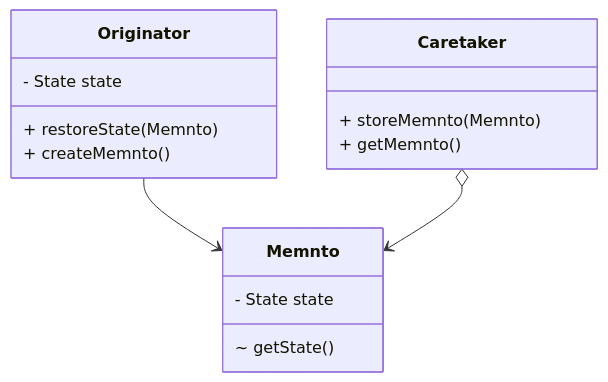
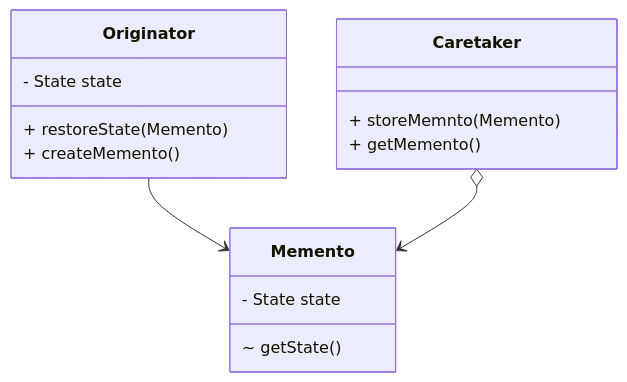
The first of 2 diagrams in source/_drafts/设计模式之备忘录模式.md (wqf31415/wqf31415.github.io), drawn with Mermaid before and after one commit. The commit also changed other lines of this file, not shown here.

````diff
--- a/source/_drafts/设计模式之备忘录模式.md
+++ b/source/_drafts/设计模式之备忘录模式.md
@@ -17,12 +17,12 @@
 ```mermaid
 classDiagram
-Originator --> Memnto
+Originator --> Memento
 Originator : - State state
-Originator : + restoreState(Memnto)
-Originator : + createMemnto()
-Memnto : - State state
-Memnto : ~ getState()
-Caretaker o--> Memnto
-Caretaker : + storeMemnto(Memnto)
-Caretaker : + getMemnto()
+Originator : + restoreState(Memento)
+Originator : + createMemento()
+Memento : - State state
+Memento : ~ getState()
+Caretaker o--> Memento
+Caretaker : + storeMemnto(Memento)
+Caretaker : + getMemento()
 ```
````
